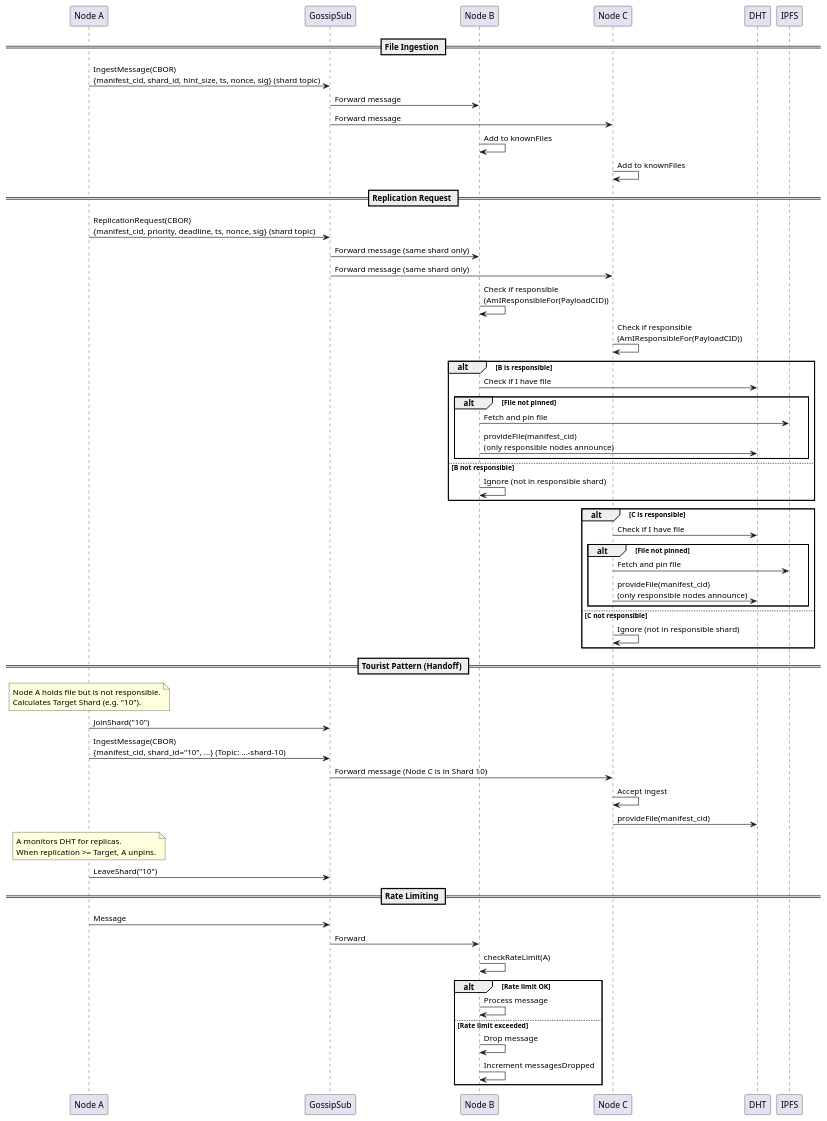
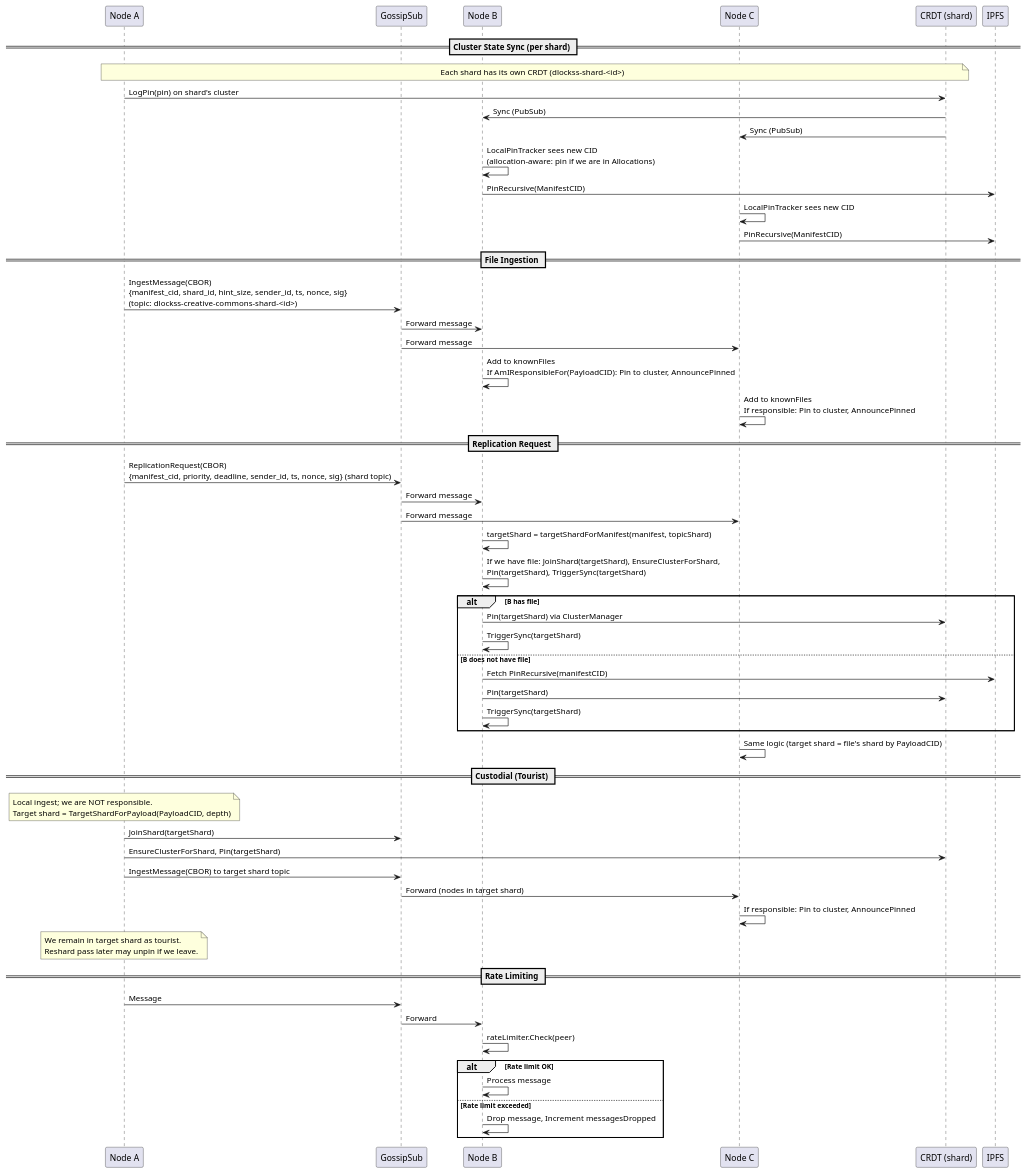
The diagram in docs/message_flow.puml (gipplab/D-LOCKSS), drawn with PlantUML before and after one commit. The commit also changed 65 other files, not shown here.

```diff
--- a/docs/message_flow.puml
+++ b/docs/message_flow.puml
@@ -1,62 +1,62 @@
 @startuml Message Flow Diagram
 
 participant "Node A" as A
 participant "GossipSub" as GS
 participant "Node B" as B
 participant "Node C" as C
-participant "DHT" as DHT
+participant "CRDT (shard)" as CRDT
+participant "IPFS" as IPFS
+
+== Cluster State Sync (per shard) ==
+note over A, CRDT: Each shard has its own CRDT (dlockss-shard-<id>)
+A -> CRDT: LogPin(pin) on shard's cluster
+CRDT -> B: Sync (PubSub)
+CRDT -> C: Sync (PubSub)
+B -> B: LocalPinTracker sees new CID\n(allocation-aware: pin if we are in Allocations)
+B -> IPFS: PinRecursive(ManifestCID)
+C -> C: LocalPinTracker sees new CID
+C -> IPFS: PinRecursive(ManifestCID)
 
 == File Ingestion ==
-A -> GS: IngestMessage(CBOR)\n{manifest_cid, shard_id, hint_size, ts, nonce, sig} (shard topic)
+A -> GS: IngestMessage(CBOR)\n{manifest_cid, shard_id, hint_size, sender_id, ts, nonce, sig}\n(topic: dlockss-creative-commons-shard-<id>)
 GS -> B: Forward message
 GS -> C: Forward message
-B -> B: Add to knownFiles
-C -> C: Add to knownFiles
+B -> B: Add to knownFiles\nIf AmIResponsibleFor(PayloadCID): Pin to cluster, AnnouncePinned
+C -> C: Add to knownFiles\nIf responsible: Pin to cluster, AnnouncePinned
 
 == Replication Request ==
-A -> GS: ReplicationRequest(CBOR)\n{manifest_cid, priority, deadline, ts, nonce, sig} (shard topic)
-GS -> B: Forward message (same shard only)
-GS -> C: Forward message (same shard only)
-B -> B: Check if responsible\n(AmIResponsibleFor(PayloadCID))
-C -> C: Check if responsible\n(AmIResponsibleFor(PayloadCID))
-alt B is responsible
-    B -> DHT: Check if I have file
-    alt File not pinned
-        B -> IPFS: Fetch and pin file
-        B -> DHT: provideFile(manifest_cid)\n(only responsible nodes announce)
-    end
-else B not responsible
-    B -> B: Ignore (not in responsible shard)
+A -> GS: ReplicationRequest(CBOR)\n{manifest_cid, priority, deadline, sender_id, ts, nonce, sig} (shard topic)
+GS -> B: Forward message
+GS -> C: Forward message
+B -> B: targetShard = targetShardForManifest(manifest, topicShard)
+B -> B: If we have file: JoinShard(targetShard), EnsureClusterForShard,\nPin(targetShard), TriggerSync(targetShard)
+alt B has file
+    B -> CRDT: Pin(targetShard) via ClusterManager
+    B -> B: TriggerSync(targetShard)
+else B does not have file
+    B -> IPFS: Fetch PinRecursive(manifestCID)
+    B -> CRDT: Pin(targetShard)
+    B -> B: TriggerSync(targetShard)
 end
-alt C is responsible
-    C -> DHT: Check if I have file
-    alt File not pinned
-        C -> IPFS: Fetch and pin file
-        C -> DHT: provideFile(manifest_cid)\n(only responsible nodes announce)
-    end
-else C not responsible
-    C -> C: Ignore (not in responsible shard)
-end
+C -> C: Same logic (target shard = file's shard by PayloadCID)
 
-== Tourist Pattern (Handoff) ==
-note over A: Node A holds file but is not responsible.\nCalculates Target Shard (e.g. "10").
-A -> GS: JoinShard("10")
-A -> GS: IngestMessage(CBOR)\n{manifest_cid, shard_id="10", ...} (Topic: ...-shard-10)
-GS -> C: Forward message (Node C is in Shard 10)
-C -> C: Accept ingest
-C -> DHT: provideFile(manifest_cid)
-note over A: A monitors DHT for replicas.\nWhen replication >= Target, A unpins.
-A -> GS: LeaveShard("10")
+== Custodial (Tourist) ==
+note over A: Local ingest; we are NOT responsible.\nTarget shard = TargetShardForPayload(PayloadCID, depth)
+A -> GS: JoinShard(targetShard)
+A -> CRDT: EnsureClusterForShard, Pin(targetShard)
+A -> GS: IngestMessage(CBOR) to target shard topic
+GS -> C: Forward (nodes in target shard)
+C -> C: If responsible: Pin to cluster, AnnouncePinned
+note over A: We remain in target shard as tourist.\nReshard pass later may unpin if we leave.
 
 == Rate Limiting ==
 A -> GS: Message
 GS -> B: Forward
-B -> B: checkRateLimit(A)
+B -> B: rateLimiter.Check(peer)
 alt Rate limit OK
     B -> B: Process message
 else Rate limit exceeded
-    B -> B: Drop message
-    B -> B: Increment messagesDropped
+    B -> B: Drop message, Increment messagesDropped
 end
 
 @enduml
```
